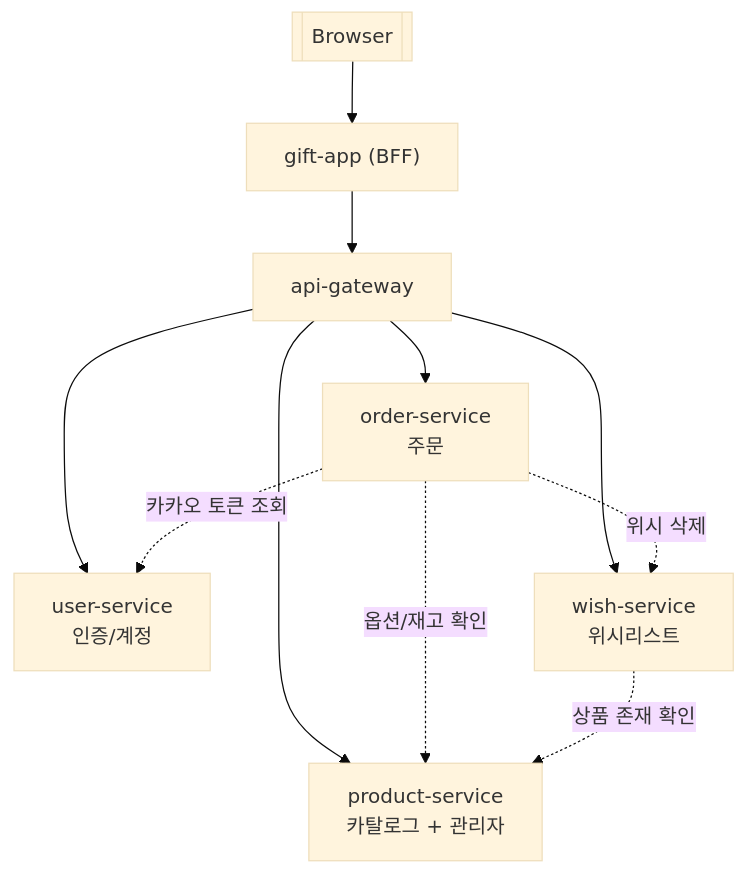
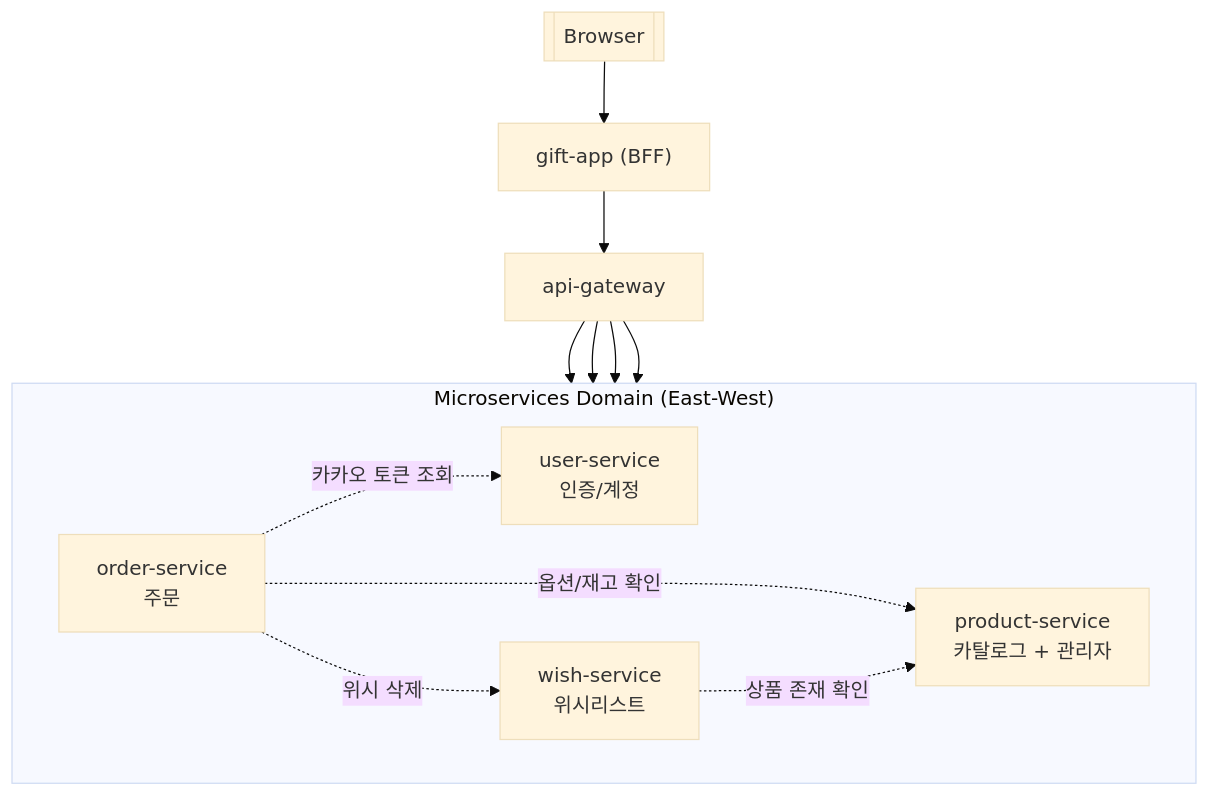
Before and after one commit to PNU-Triton-capstone-2025/msa-kakao-gift: the diagram in README.md, drawn with Mermaid (base theme).

Commit message:
Revise MSA topology in README.md
Updated the MSA topology diagram to include East-West communication and clarified internal domain traffic.

````diff
--- a/README.md
+++ b/README.md
@@ -4,26 +4,30 @@
 ```mermaid
 flowchart TB
+    %% North-South 영역
     Browser[[Browser]]
     GiftApp["gift-app (BFF)"]
     APIGW["api-gateway"]
 
     Browser --> GiftApp --> APIGW
 
-    direction LR
-    UserSvc["user-service<br/>인증/계정"]
-    ProductSvc["product-service<br/>카탈로그 + 관리자"]
-    WishSvc["wish-service<br/>위시리스트"]
-    OrderSvc["order-service<br/>주문"]
+    %% East-West 영역 (서비스 도메인)
+    subgraph Services["Microservices Domain (East-West)"]
+        direction LR
+        UserSvc["user-service<br/>인증/계정"]
+        ProductSvc["product-service<br/>카탈로그 + 관리자"]
+        WishSvc["wish-service<br/>위시리스트"]
+        OrderSvc["order-service<br/>주문"]
+    end
 
+    %% Gateway → Services (North-South 진입)
     APIGW --> UserSvc
     APIGW --> ProductSvc
     APIGW --> WishSvc
     APIGW --> OrderSvc
 
-    %% East-West (점선)
+    %% East-West 내부 통신 (점선)
     OrderSvc -. "옵션/재고 확인" .-> ProductSvc
     OrderSvc -. "위시 삭제" .-> WishSvc
     OrderSvc -. "카카오 토큰 조회" .-> UserSvc
     WishSvc -. "상품 존재 확인" .-> ProductSvc
-
 ```
````
